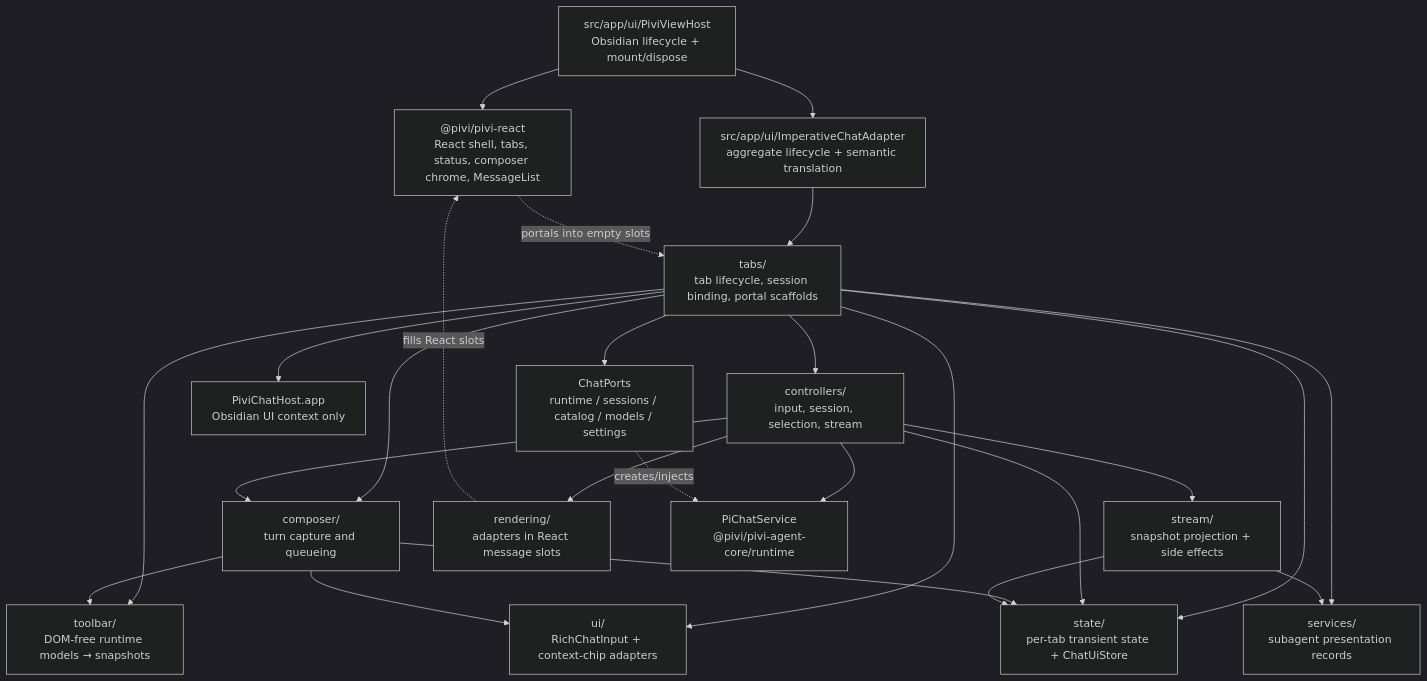
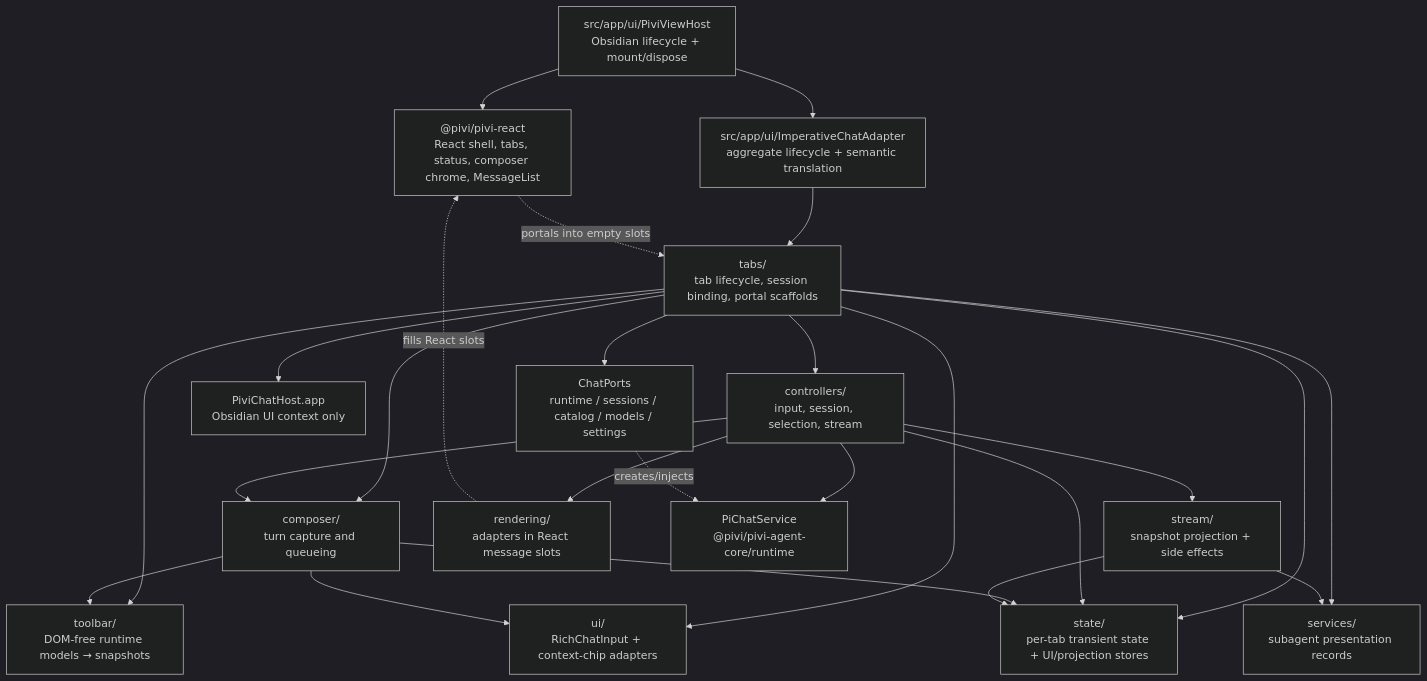
One commit to shuuul/obsidian-pivi changed the diagram in src/ui/chat/AGENTS.md. Above: the diagram before and after it, drawn with Mermaid (dark theme). The commit also changed other lines of this file and 77 other files, not shown here.

````diff
--- a/src/ui/chat/AGENTS.md
+++ b/src/ui/chat/AGENTS.md
@@ -13,31 +13,31 @@
 ```mermaid
 flowchart TD
   View["src/app/ui/PiviViewHost<br/>Obsidian lifecycle + mount/dispose"] --> Shell["@pivi/pivi-react<br/>React shell, tabs, status, composer chrome, MessageList"]
   View --> Adapter["src/app/ui/ImperativeChatAdapter<br/>aggregate lifecycle + semantic translation"]
   Adapter --> Tabs["tabs/<br/>tab lifecycle, session binding, portal scaffolds"]
   Tabs --> Controllers["controllers/<br/>input, session, selection, stream"]
   Tabs --> Composer["composer/<br/>turn capture and queueing"]
   Tabs --> Toolbar["toolbar/<br/>DOM-free runtime models → snapshots"]
   Tabs --> UI["ui/<br/>RichChatInput + context-chip adapters"]
-  Tabs --> State["state/<br/>per-tab transient state + ChatUiStore"]
+  Tabs --> State["state/<br/>per-tab transient state + UI/projection stores"]
   Tabs --> Services["services/<br/>subagent presentation records"]
 
   Controllers --> Composer
   Controllers --> Stream["stream/<br/>snapshot projection + side effects"]
   Controllers --> Rendering["rendering/<br/>adapters in React message slots"]
   Controllers --> State
 
   Composer --> UI
   Composer --> Toolbar
   Composer --> State
 
   Stream --> Services
   Stream --> State
   Shell -. "portals into empty slots" .-> Tabs
   Rendering -. "fills React slots" .-> Shell
 
   Tabs --> Host["PiviChatHost.app<br/>Obsidian UI context only"]
   Tabs --> Ports["ChatPorts<br/>runtime / sessions / catalog / models / settings"]
   Controllers --> ChatService["PiChatService<br/>@pivi/pivi-agent-core/runtime"]
   Ports -. "creates/injects" .-> ChatService
 ```
````
